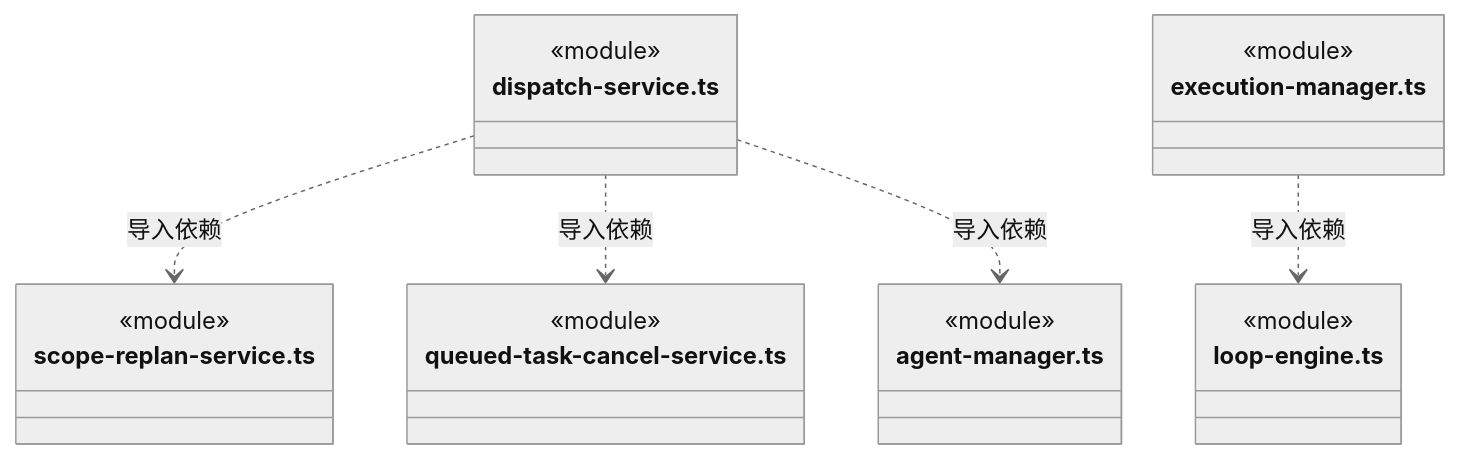
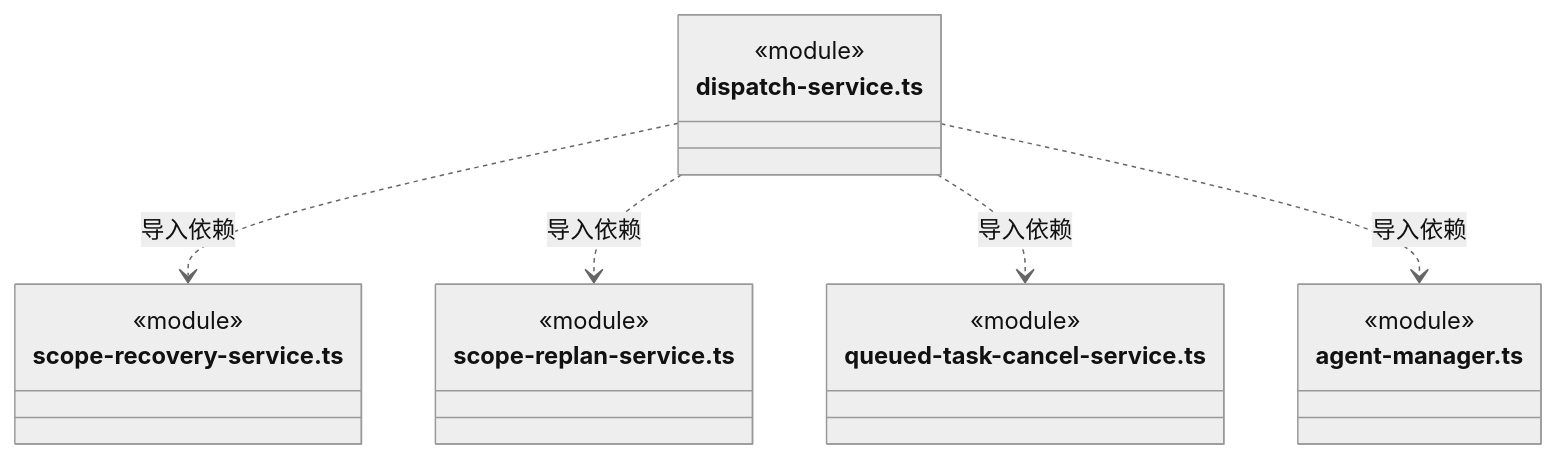
Diagram 35 of 42 in src/backend/scheduler-engine/execution/ARCHITECTURE.md (nan023062/cbim), drawn with Mermaid (neutral theme) before and after one commit. The commit also changed other lines of this file and 70 other files, not shown here.

````diff
--- a/src/backend/scheduler-engine/execution/ARCHITECTURE.md
+++ b/src/backend/scheduler-engine/execution/ARCHITECTURE.md
@@ -929,25 +966,22 @@
 ```mermaid
 classDiagram
 class N_src_backend_scheduler_engine_execution_dispatch_service_ts["dispatch-service.ts"] {
+  <<module>>
+}
+class N_src_backend_scheduler_engine_execution_scope_recovery_service_ts["scope-recovery-service.ts"] {
   <<module>>
 }
 class N_src_backend_scheduler_engine_execution_scope_replan_service_ts["scope-replan-service.ts"] {
   <<module>>
 }
 class N_src_backend_scheduler_engine_execution_queued_task_cancel_service_ts["queued-task-cancel-service.ts"] {
   <<module>>
 }
 class N_src_backend_scheduler_engine_execution_agent_manager_ts["agent-manager.ts"] {
   <<module>>
 }
-class N_src_backend_scheduler_engine_execution_execution_manager_ts["execution-manager.ts"] {
-  <<module>>
-}
-class N_src_backend_scheduler_engine_execution_loop_engine_ts["loop-engine.ts"] {
-  <<module>>
-}
+N_src_backend_scheduler_engine_execution_dispatch_service_ts ..> N_src_backend_scheduler_engine_execution_scope_recovery_service_ts : 导入依赖
 N_src_backend_scheduler_engine_execution_dispatch_service_ts ..> N_src_backend_scheduler_engine_execution_scope_replan_service_ts : 导入依赖
 N_src_backend_scheduler_engine_execution_dispatch_service_ts ..> N_src_backend_scheduler_engine_execution_queued_task_cancel_service_ts : 导入依赖
 N_src_backend_scheduler_engine_execution_dispatch_service_ts ..> N_src_backend_scheduler_engine_execution_agent_manager_ts : 导入依赖
-N_src_backend_scheduler_engine_execution_execution_manager_ts ..> N_src_backend_scheduler_engine_execution_loop_engine_ts : 导入依赖
 ```
````
